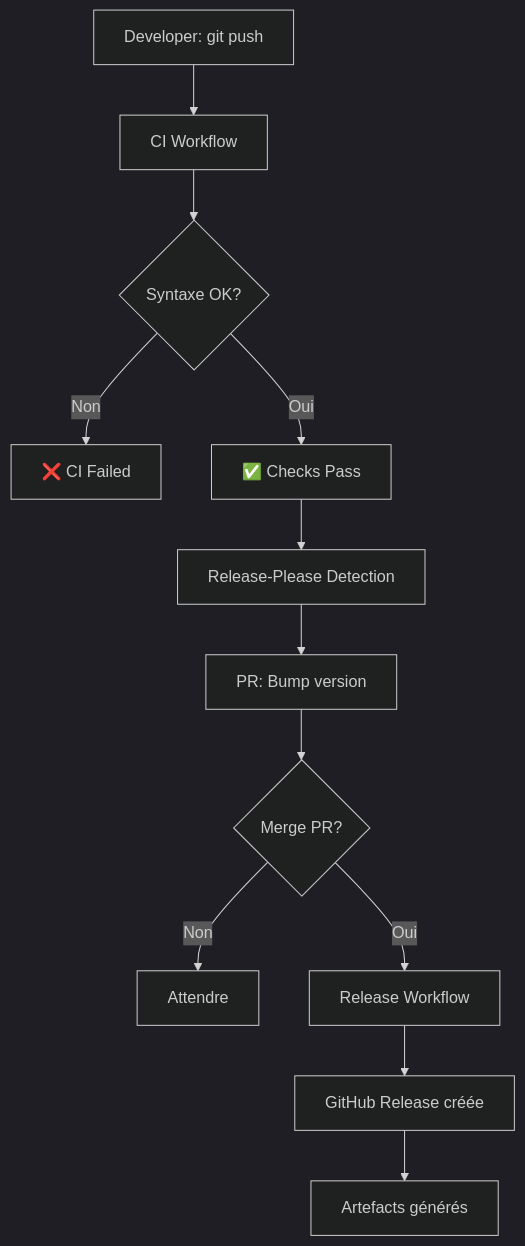
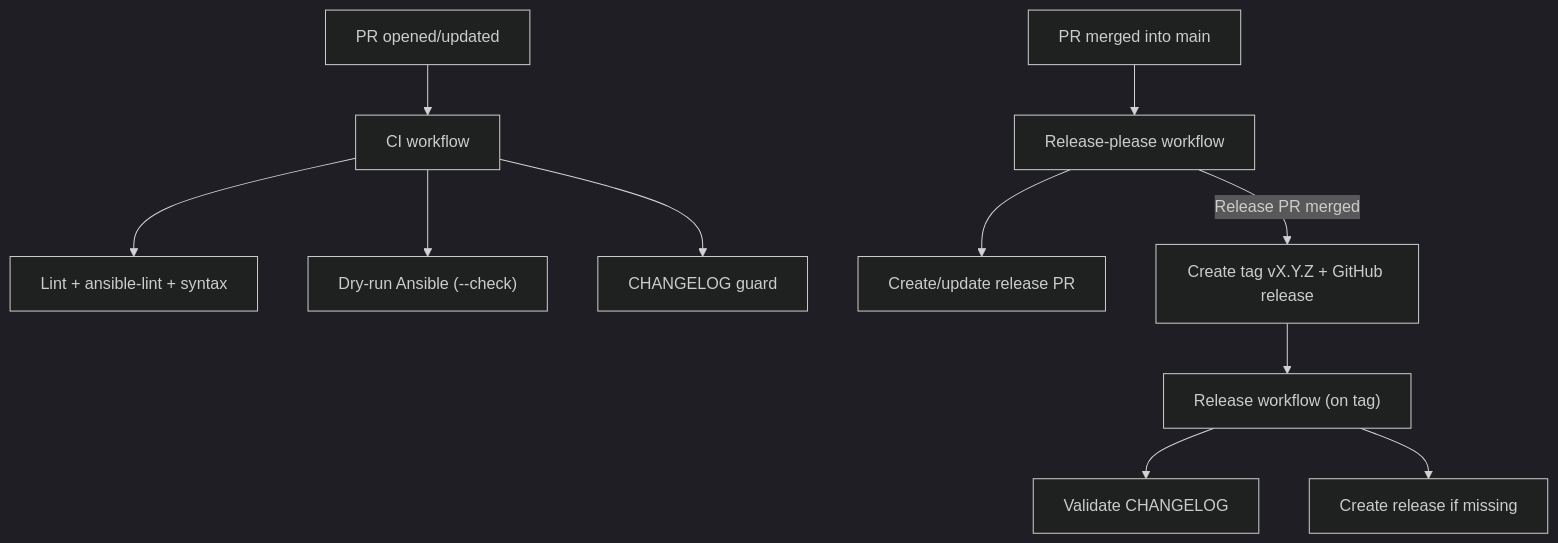
One commit to jasonouellet/wsl-ubuntu-bootstrap changed the diagram in docs/WORKFLOWS.md. Above: the diagram before and after it, drawn with Mermaid (dark theme). The commit also changed other lines of this file and 12 other files, not shown here.

````diff
--- a/docs/WORKFLOWS.md
+++ b/docs/WORKFLOWS.md
@@ -258,14 +251,15 @@
 ```mermaid
-graph TD
-    A["Developer: git push"] --> B["CI Workflow"]
-    B --> C{"Syntaxe OK?"}
-    C -->|Non| D["❌ CI Failed"]
-    C -->|Oui| E["✅ Checks Pass"]
-    E --> F["Release-Please Detection"]
-    F --> G["PR: Bump version"]
-    G --> H{"Merge PR?"}
-    H -->|Non| I["Attendre"]
-    H -->|Oui| J["Release Workflow"]
-    J --> K["GitHub Release créée"]
-    K --> L["Artefacts générés"]
+flowchart TD
+  A["PR opened/updated"] --> B["CI workflow"]
+  B --> B1["Lint + ansible-lint + syntax"]
+  B --> B2["Dry-run Ansible (--check)"]
+  B --> B3["CHANGELOG guard"]
+
+  C["PR merged into main"] --> D["Release-please workflow"]
+  D --> D1["Create/update release PR"]
+  D -->|"Release PR merged"| D2["Create tag vX.Y.Z + GitHub release"]
+
+  D2 --> E["Release workflow (on tag)"]
+  E --> E1["Validate CHANGELOG"]
+  E --> E2["Create release if missing"]
 ```
````
